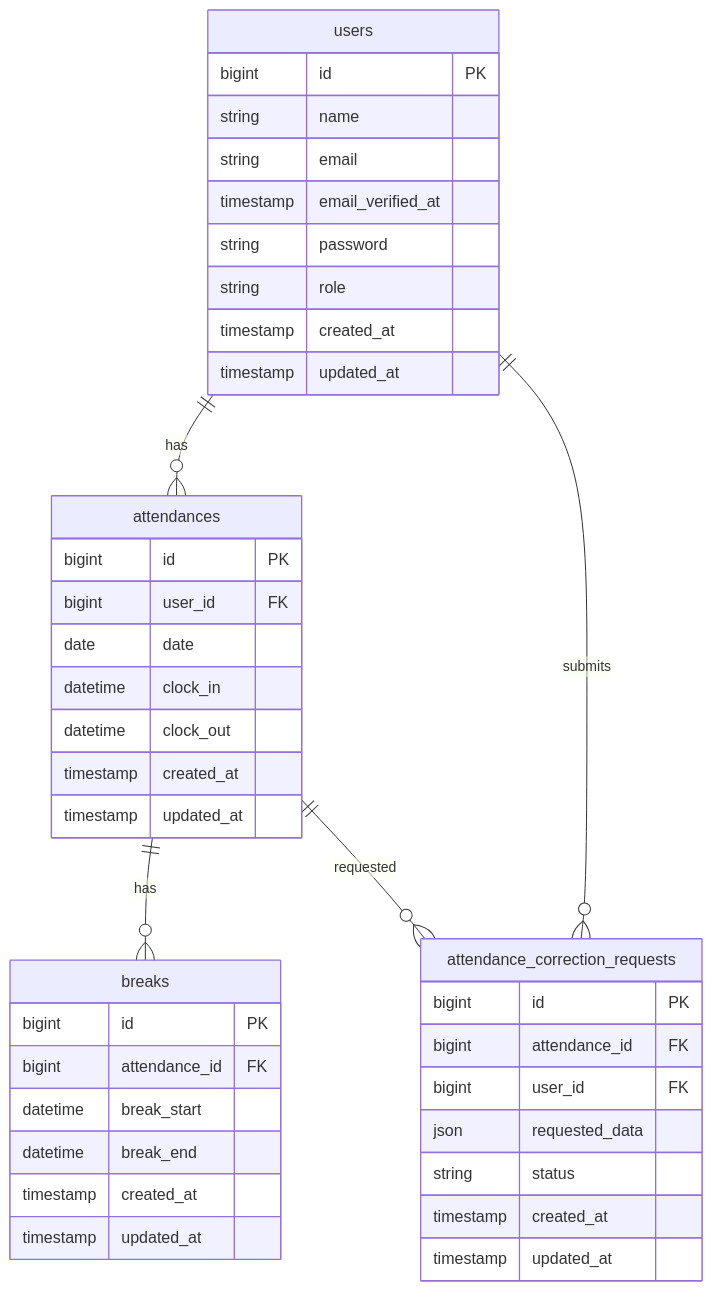
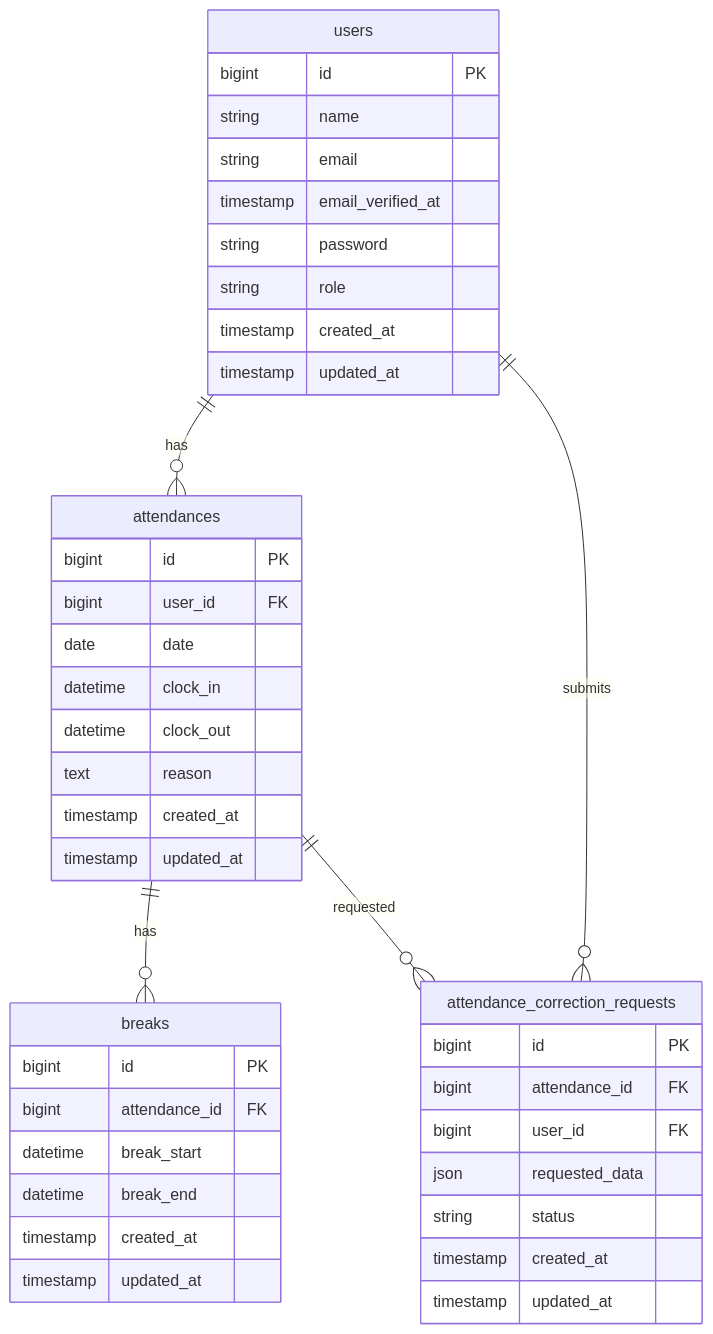
One commit to s-aino/ShinyaAino-test_attendance changed the diagram in docs/ER.md. Above: the diagram before and after it, drawn with Mermaid. The commit also changed 8 other files, not shown here.

````diff
--- a/docs/ER.md
+++ b/docs/ER.md
@@ -3,48 +3,49 @@
 ```mermaid
 erDiagram
 
 users {
   bigint id PK
   string name
   string email
   timestamp email_verified_at
   string password
   string role
   timestamp created_at
   timestamp updated_at
 }
 
 attendances {
   bigint id PK
   bigint user_id FK
   date date
   datetime clock_in
   datetime clock_out
+  text reason
   timestamp created_at
   timestamp updated_at
 }
 
 breaks {
   bigint id PK
   bigint attendance_id FK
   datetime break_start
   datetime break_end
   timestamp created_at
   timestamp updated_at
 }
 
 attendance_correction_requests {
   bigint id PK
   bigint attendance_id FK
   bigint user_id FK
   json requested_data
   string status
   timestamp created_at
   timestamp updated_at
 }
 
 users ||--o{ attendances : has
 attendances ||--o{ breaks : has
 attendances ||--o{ attendance_correction_requests : requested
 users ||--o{ attendance_correction_requests : submits
 ```
````
